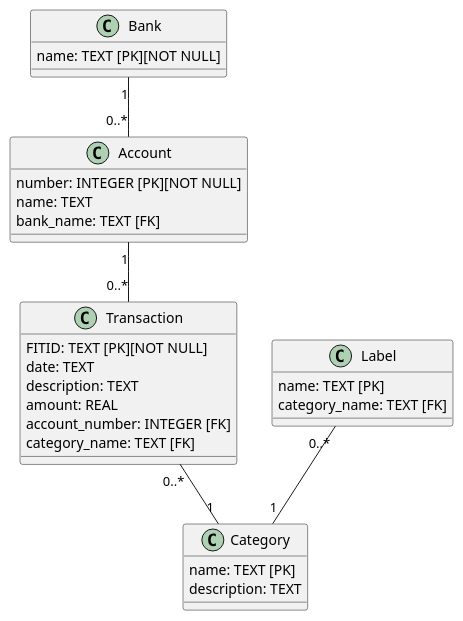
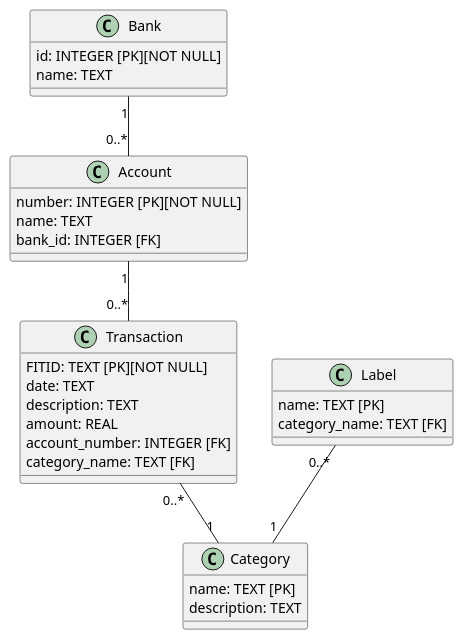
The diagram in source/doc/database_project.class.plantuml (nboutin/buba_engine), drawn with PlantUML before and after one commit. The commit also changed 4 other files, not shown here.

```diff
--- a/source/doc/database_project.class.plantuml
+++ b/source/doc/database_project.class.plantuml
@@ -1,39 +1,40 @@
 @startuml
 
 class Bank {
-	name: TEXT [PK][NOT NULL]
+	id: INTEGER [PK][NOT NULL]
+	name: TEXT
 }
 
 class Account {
 	number: INTEGER [PK][NOT NULL]
 	name: TEXT
-	bank_name: TEXT [FK]
+	bank_id: INTEGER [FK]
 }
 
 class Transaction {
 	'Financial Institut Transaction ID
 	FITID: TEXT [PK][NOT NULL]
 	date: TEXT
 	description: TEXT
 	amount: REAL
 	account_number: INTEGER [FK]
 	category_name: TEXT [FK]
 }
 
 class Label {
 	name: TEXT [PK]
 	category_name: TEXT [FK]
 }
 
 class Category {
 	name: TEXT [PK]
 	description: TEXT
 }
 
 
 Bank "1" -- "0..*" Account
 Account "1" -- "0..*" Transaction
 Transaction "0..*" -- "1" Category
 Label "0..*" -- "1" Category
 
 @enduml
```
